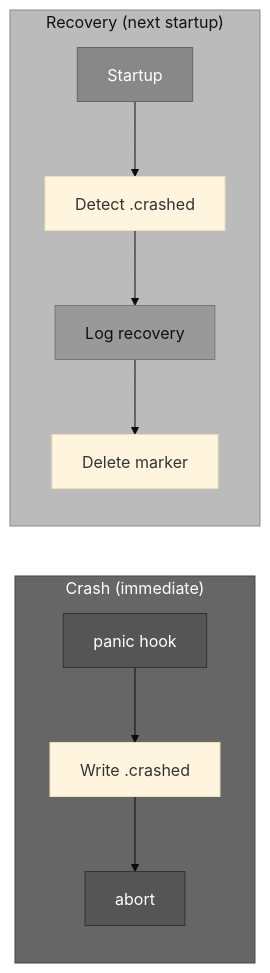
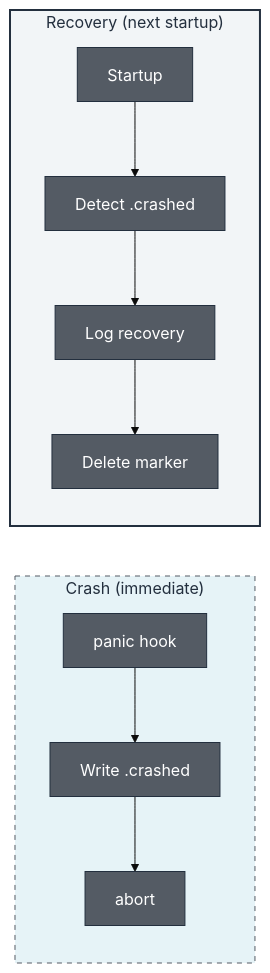
One commit to OpenObscure/OpenObscure changed diagram 11 of 14 in ARCHITECTURE.md. Above: the diagram before and after it, drawn with Mermaid (base theme). The commit also changed other lines of this file and 3 other files, not shown here.

First line of the commit message:
Apply consistent color palette across all mermaid diagrams

````diff
--- a/ARCHITECTURE.md
+++ b/ARCHITECTURE.md
@@ -530,16 +546,19 @@
 ```mermaid
 flowchart LR
     subgraph crash ["Crash (immediate)"]
         panic["panic hook"] --> write["Write .crashed"] --> abort["abort"]
     end
     subgraph recovery ["Recovery (next startup)"]
         restart["Startup"] --> detect["Detect .crashed"] --> log["Log recovery"] --> delete["Delete marker"]
     end
 
-    style crash fill:#666,stroke:#444,color:#fff
-    style recovery fill:#bbb,stroke:#888,color:#111
-    style panic fill:#555,stroke:#333,color:#fff
-    style abort fill:#555,stroke:#333,color:#fff
-    style restart fill:#888,stroke:#666,color:#fff
-    style log fill:#999,stroke:#777,color:#111
+    style crash fill:#e6f3f7,stroke:#545b64,stroke-dasharray: 5 5,color:#232F3E
+    style recovery fill:#f2f5f7,stroke:#232F3E,stroke-width:2px,color:#232F3E
+    style panic fill:#545b64,stroke:#232F3E,color:#fff
+    style write fill:#545b64,stroke:#232F3E,color:#fff
+    style abort fill:#545b64,stroke:#232F3E,color:#fff
+    style restart fill:#545b64,stroke:#232F3E,color:#fff
+    style detect fill:#545b64,stroke:#232F3E,color:#fff
+    style log fill:#545b64,stroke:#232F3E,color:#fff
+    style delete fill:#545b64,stroke:#232F3E,color:#fff
 ```
````
